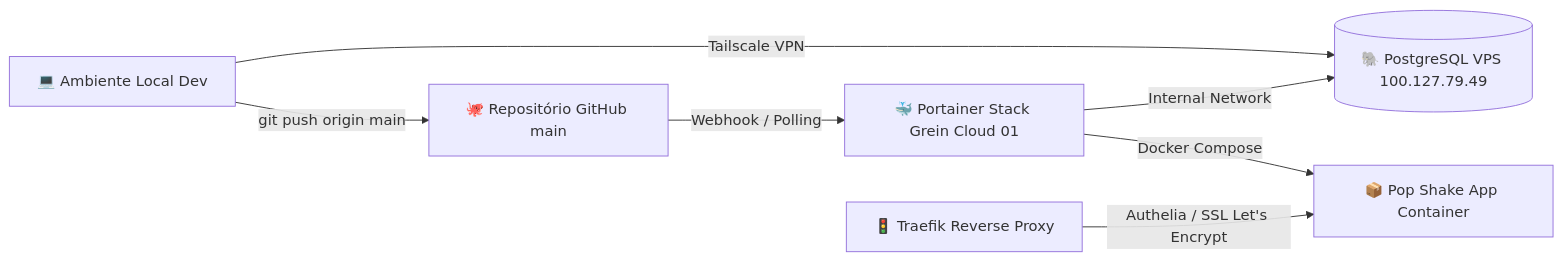
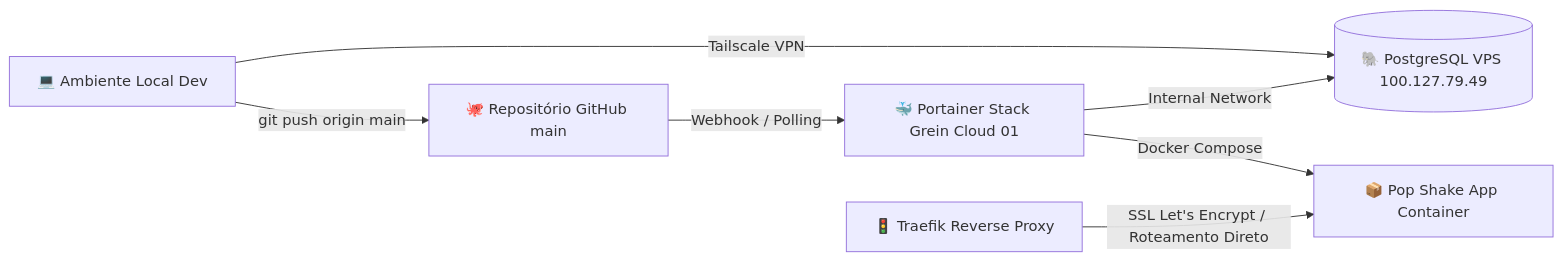
One commit to WiltonGabriel/PopClub changed the diagram in GITOPS.md. Above: the diagram before and after it, drawn with Mermaid. The commit also changed other lines of this file and 6 other files, not shown here.

Commit message:
feat(security): remocao da camada authelia, roteamento traefik direto e expansao de testes rbac

````diff
--- a/GITOPS.md
+++ b/GITOPS.md
@@ -11,9 +11,9 @@
 ```mermaid
 graph LR
     Dev[💻 Ambiente Local Dev] -->|Tailscale VPN| RemoteDB[(🐘 PostgreSQL VPS 100.127.79.49)]
     Dev -->|git push origin main| GitHub[🐙 Repositório GitHub main]
     GitHub -->|Webhook / Polling| Portainer[🐳 Portainer Stack Grein Cloud 01]
     Portainer -->|Docker Compose| App[📦 Pop Shake App Container]
     Portainer -->|Internal Network| RemoteDB
-    Traefik[🚦 Traefik Reverse Proxy] -->|Authelia / SSL Let's Encrypt| App
+    Traefik[🚦 Traefik Reverse Proxy] -->|SSL Let's Encrypt / Roteamento Direto| App
 ```
````
